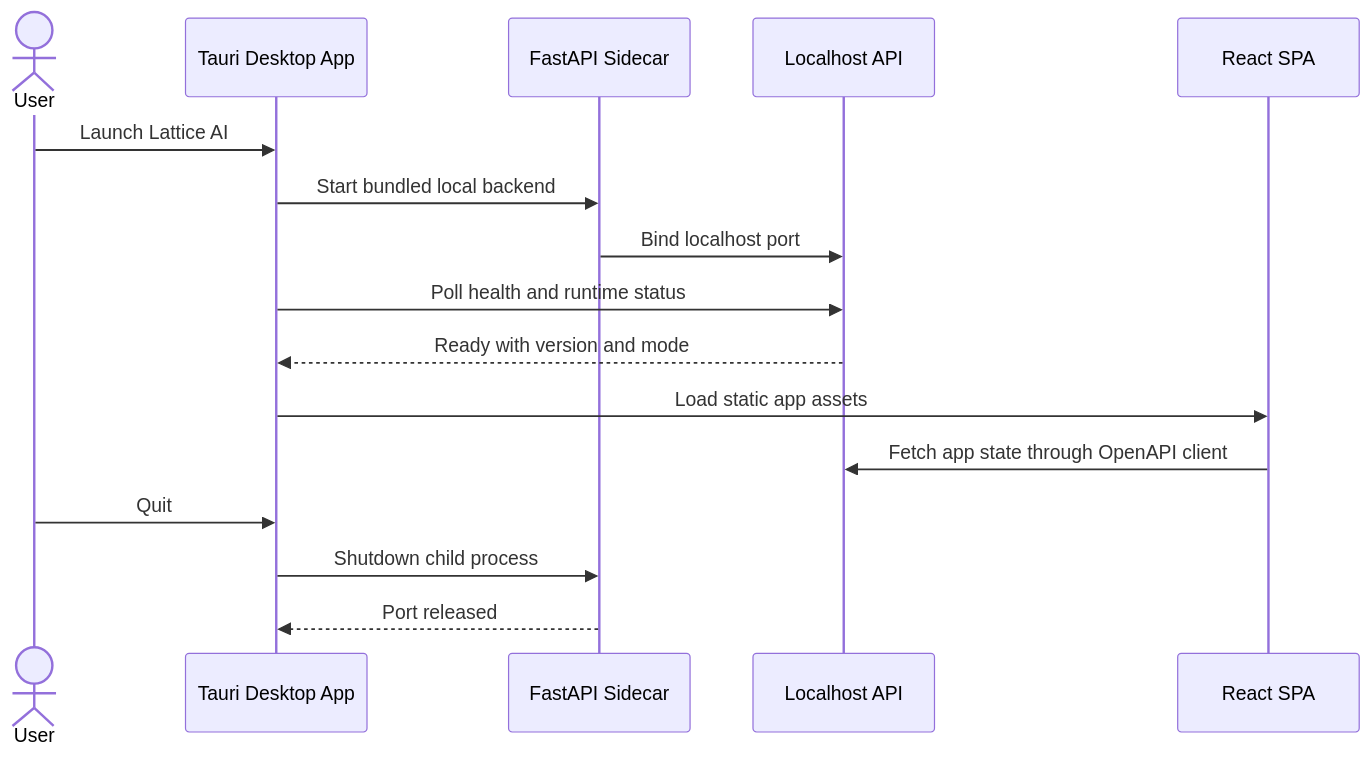
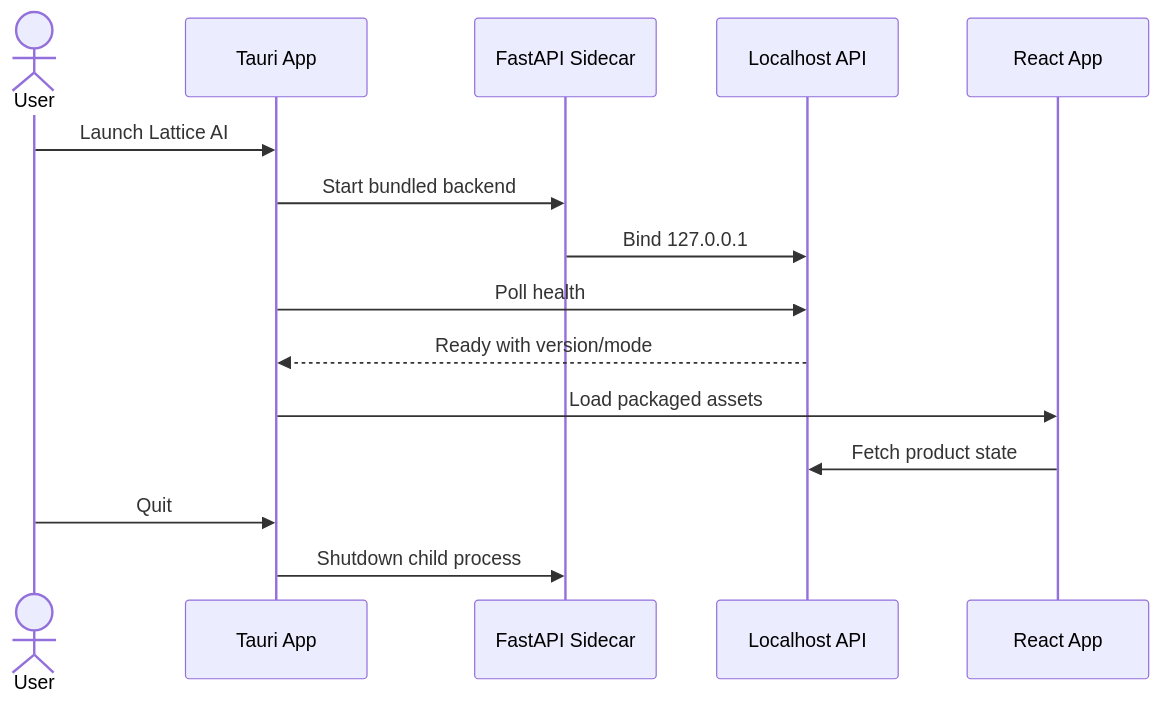
One commit to TaeSooPark-PTS/LatticeAI changed the third of 10 diagrams in ARCHITECTURE.md. Above: the diagram before and after it, drawn with Mermaid. The commit also changed other lines of this file and 41 other files, not shown here.

````diff
--- a/ARCHITECTURE.md
+++ b/ARCHITECTURE.md
@@ -31,19 +54,18 @@
 ```mermaid
 sequenceDiagram
   actor User
-  participant App as Tauri Desktop App
+  participant App as Tauri App
   participant Sidecar as FastAPI Sidecar
   participant API as Localhost API
-  participant UI as React SPA
+  participant UI as React App
 
   User->>App: Launch Lattice AI
-  App->>Sidecar: Start bundled local backend
-  Sidecar->>API: Bind localhost port
-  App->>API: Poll health and runtime status
-  API-->>App: Ready with version and mode
-  App->>UI: Load static app assets
-  UI->>API: Fetch app state through OpenAPI client
+  App->>Sidecar: Start bundled backend
+  Sidecar->>API: Bind 127.0.0.1
+  App->>API: Poll health
+  API-->>App: Ready with version/mode
+  App->>UI: Load packaged assets
+  UI->>API: Fetch product state
   User->>App: Quit
   App->>Sidecar: Shutdown child process
-  Sidecar-->>App: Port released
 ```
````
